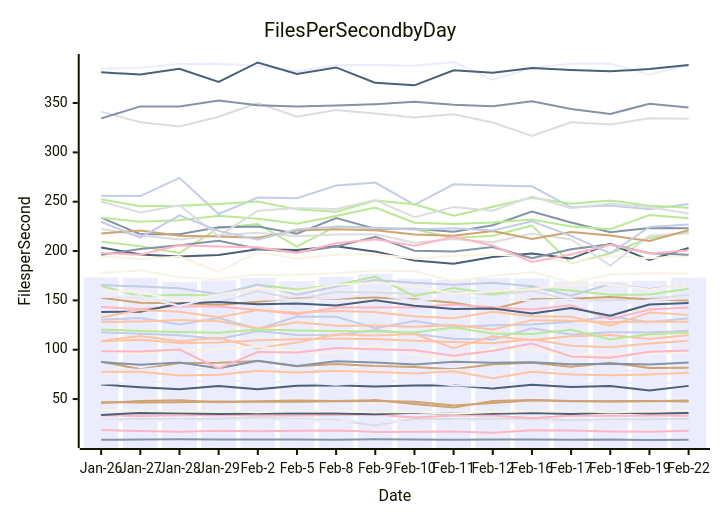
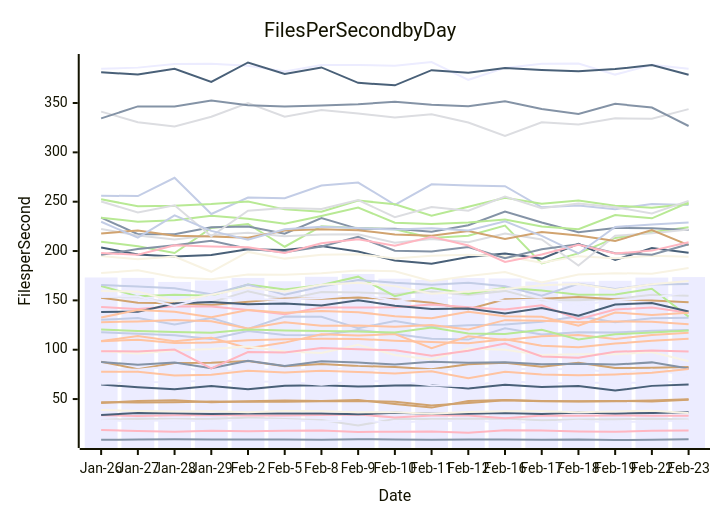
One commit to streetsidesoftware/cspell changed the diagram in perf-report.md. Above: the diagram before and after it, drawn with Mermaid. The commit also changed other lines of this file and 1 other file, not shown here.

````diff
--- a/perf-report.md
+++ b/perf-report.md
@@ -10,57 +10,57 @@
 ```mermaid
 xychart-beta
     title Files Per Second by Day
     y-axis Files per Second
-    x-axis Date [Jan-26, Jan-27, Jan-28, Jan-29, Feb-2, Feb-5, Feb-8, Feb-9, Feb-10, Feb-11, Feb-12, Feb-16, Feb-17, Feb-18, Feb-19, Feb-22]
-    bar [173.21, 172.82, 168.69, 170.17, 172.76, 169.39, 173.94, 176.68, 172.01, 170.80, 172.59, 172.20, 169.11, 168.97, 169.87, 173.10]
-    line [8.69, 9.06, 9.17, 8.90, 9.14, 9.10, 8.87, 9.39, 9.10, 8.79, 9.11, 8.93, 8.64, 9.05, 8.51, 8.78]
-    line [108.52, 110.13, 106.78, 107.20, 109.65, 110.63, 111.16, 110.94, 109.21, 107.83, 106.68, 110.60, 103.95, 102.58, 106.20, 108.99]
-    line [28.70, 30.12, 29.90, 29.99, 31.08, 29.80, 28.87, 23.26, 29.91, 29.82, 30.05, 30.35, 28.52, 29.28, 29.65, 29.97]
-    line [209.49, 204.94, 198.04, 223.32, 227.45, 204.37, 225.14, 223.42, 222.08, 213.20, 215.50, 225.73, 187.50, 197.59, 213.32, 219.03]
-    line [87.91, 80.34, 86.50, 86.84, 88.66, 83.22, 85.59, 83.52, 82.54, 80.25, 85.24, 86.74, 82.84, 86.83, 81.45, 81.71]
-    line [130.32, 132.03, 125.54, 132.09, 121.09, 133.64, 133.48, 121.84, 129.06, 122.93, 124.68, 125.50, 128.25, 133.90, 127.83, 131.88]
-    line [33.70, 32.82, 33.62, 33.93, 33.23, 33.25, 33.77, 34.38, 31.28, 33.43, 33.24, 30.53, 33.31, 33.04, 33.28, 33.21]
-    line [203.69, 196.52, 194.52, 195.98, 201.87, 201.12, 204.97, 199.43, 190.33, 187.01, 193.91, 197.53, 192.34, 207.35, 190.87, 203.05]
-    line [195.04, 191.69, 194.48, 178.97, 199.11, 192.32, 196.15, 196.80, 192.49, 195.28, 196.29, 194.83, 188.10, 194.84, 192.66, 195.15]
-    line [80.80, 79.69, 83.58, 77.01, 80.34, 79.32, 79.86, 81.63, 78.70, 79.41, 80.42, 80.99, 80.08, 80.78, 76.61, 79.69]
-    line [233.87, 217.12, 216.93, 224.01, 224.86, 217.64, 233.33, 222.49, 222.54, 219.50, 226.16, 240.10, 228.96, 219.08, 223.33, 223.11]
-    line [127.88, 128.69, 130.23, 128.77, 121.54, 127.82, 124.27, 124.62, 123.31, 125.03, 120.42, 129.98, 129.47, 127.87, 128.69, 128.42]
-    line [152.95, 153.44, 146.68, 148.04, 159.34, 150.93, 158.41, 157.97, 156.56, 158.71, 155.41, 159.62, 150.02, 150.05, 151.55, 155.58]
-    line [233.83, 229.73, 231.27, 235.75, 232.76, 227.56, 235.60, 244.14, 228.71, 227.46, 228.82, 232.02, 224.80, 222.16, 236.53, 233.14]
-    line [152.72, 147.54, 147.09, 145.41, 148.70, 151.93, 151.71, 152.93, 151.27, 147.55, 140.92, 151.13, 151.76, 153.31, 151.18, 149.85]
-    line [256.11, 255.68, 274.20, 237.51, 254.20, 253.57, 266.34, 269.39, 246.86, 267.66, 266.35, 265.66, 244.28, 246.16, 242.48, 247.66]
-    line [18.55, 17.57, 16.82, 17.76, 17.39, 17.79, 18.01, 16.74, 16.81, 17.17, 15.81, 18.35, 18.08, 17.18, 16.76, 17.88]
-    line [33.94, 35.92, 35.70, 34.97, 35.24, 35.24, 35.29, 34.51, 36.01, 35.10, 35.21, 35.98, 34.82, 36.43, 35.46, 35.84]
-    line [38.81, 37.93, 37.35, 37.58, 36.65, 37.87, 37.52, 36.62, 36.71, 35.21, 36.78, 37.62, 37.74, 36.57, 37.30, 38.24]
-    line [384.72, 385.87, 389.43, 389.76, 387.86, 381.95, 388.55, 388.50, 387.75, 391.57, 373.53, 385.59, 389.88, 390.09, 378.81, 388.65]
-    line [87.49, 84.71, 86.94, 81.29, 88.85, 83.51, 88.25, 87.06, 84.92, 87.81, 86.69, 87.24, 85.15, 85.90, 85.00, 87.17]
-    line [77.74, 77.78, 73.82, 74.60, 78.73, 76.88, 78.62, 77.47, 76.02, 78.07, 71.09, 77.64, 74.87, 74.07, 74.98, 76.63]
-    line [222.41, 215.81, 211.64, 216.10, 218.52, 215.06, 216.88, 216.99, 208.40, 212.31, 208.84, 217.81, 211.80, 185.28, 215.46, 218.06]
-    line [164.60, 154.09, 155.59, 154.71, 166.16, 160.94, 165.57, 174.04, 154.30, 162.65, 156.66, 162.87, 159.96, 155.64, 155.90, 161.77]
-    line [217.84, 220.87, 215.44, 214.77, 213.40, 220.70, 222.08, 221.01, 216.87, 215.38, 220.23, 212.12, 219.37, 215.84, 210.18, 221.20]
-    line [117.78, 116.14, 114.78, 110.96, 118.96, 114.84, 114.56, 119.99, 116.03, 111.12, 110.27, 121.81, 115.35, 117.70, 117.45, 119.10]
-    line [143.21, 141.20, 143.98, 143.78, 140.14, 135.87, 142.86, 142.75, 143.10, 145.82, 143.11, 140.65, 144.98, 130.98, 140.65, 142.78]
-    line [64.72, 62.00, 60.00, 63.28, 59.94, 63.60, 64.06, 62.64, 63.65, 63.88, 60.68, 64.42, 62.12, 63.28, 58.66, 63.36]
-    line [177.69, 180.46, 173.36, 171.47, 176.27, 176.08, 177.50, 180.37, 179.50, 169.53, 174.82, 178.71, 168.06, 176.19, 177.57, 176.95]
-    line [65.41, 67.07, 67.22, 68.71, 67.83, 67.42, 64.50, 68.29, 67.95, 63.94, 63.10, 68.79, 65.40, 66.62, 66.45, 66.78]
-    line [196.11, 202.03, 205.84, 210.33, 202.30, 198.84, 204.68, 214.35, 200.27, 199.54, 204.14, 192.69, 201.75, 206.87, 197.87, 196.25]
-    line [108.80, 113.98, 108.63, 112.03, 101.57, 107.21, 115.59, 114.29, 115.98, 101.55, 113.56, 109.85, 113.73, 114.86, 110.85, 114.90]
-    line [341.26, 330.59, 326.24, 336.05, 350.02, 336.18, 342.95, 339.36, 335.43, 338.51, 330.30, 316.59, 330.53, 328.24, 334.55, 334.07]
-    line [252.46, 245.33, 245.88, 247.56, 250.17, 242.23, 239.94, 251.24, 247.36, 235.88, 244.92, 253.98, 247.84, 251.30, 245.99, 243.93]
-    line [46.87, 46.43, 46.80, 47.45, 47.29, 47.35, 47.86, 48.05, 47.30, 43.46, 46.02, 48.76, 47.89, 47.85, 48.05, 47.61]
-    line [165.48, 164.06, 162.34, 156.27, 166.07, 155.61, 164.06, 170.66, 167.78, 165.93, 167.97, 164.38, 154.74, 166.79, 161.65, 166.00]
-    line [197.93, 196.32, 205.82, 204.70, 203.85, 198.04, 207.86, 211.91, 205.36, 214.41, 205.57, 188.86, 196.47, 206.41, 197.46, 200.43]
-    line [138.21, 138.55, 146.90, 148.25, 146.04, 146.87, 144.71, 150.09, 144.64, 141.32, 141.68, 136.63, 142.32, 134.55, 145.82, 147.42]
-    line [98.65, 96.11, 99.25, 100.66, 103.18, 98.24, 96.65, 104.96, 94.67, 90.15, 101.17, 99.92, 94.76, 95.38, 95.32, 97.68]
-    line [28.41, 27.77, 28.43, 27.26, 29.20, 28.78, 27.22, 28.25, 25.94, 28.04, 27.66, 26.73, 25.95, 28.09, 26.29, 27.51]
-    line [334.45, 346.57, 346.60, 352.58, 347.78, 346.57, 347.57, 348.75, 351.19, 348.15, 346.62, 351.78, 343.88, 338.94, 349.19, 345.47]
-    line [132.73, 140.24, 138.48, 133.03, 140.20, 137.55, 139.32, 138.06, 134.03, 131.86, 138.50, 133.91, 133.44, 124.24, 137.70, 135.31]
-    line [250.24, 239.03, 246.34, 215.04, 240.95, 243.60, 242.70, 251.69, 234.31, 244.51, 240.78, 255.22, 243.34, 248.23, 244.44, 238.03]
-    line [120.57, 119.01, 117.99, 117.30, 120.43, 119.43, 118.96, 118.43, 117.39, 122.51, 116.51, 115.88, 120.25, 110.42, 115.69, 117.45]
-    line [46.02, 47.96, 48.80, 46.78, 47.79, 48.42, 47.97, 48.95, 44.92, 41.33, 48.11, 48.93, 47.91, 47.47, 47.85, 48.58]
-    line [229.64, 213.50, 236.23, 220.41, 211.45, 222.13, 224.72, 223.26, 221.76, 223.13, 220.88, 230.21, 215.32, 197.56, 224.48, 226.95]
-    line [98.45, 98.30, 100.11, 81.16, 97.62, 97.16, 101.86, 100.35, 99.46, 93.91, 99.01, 106.34, 93.17, 91.86, 97.86, 99.22]
-    line [381.11, 378.87, 384.64, 371.32, 391.09, 379.53, 386.07, 370.43, 367.95, 383.26, 380.80, 385.48, 383.39, 382.12, 384.41, 388.46]
-    line [159.47, 158.84, 149.03, 155.81, 162.82, 158.93, 165.88, 167.89, 164.45, 156.78, 159.08, 161.56, 165.23, 166.55, 160.76, 166.40]
-    line [153.48, 154.19, 144.39, 154.19, 151.10, 150.58, 152.48, 156.02, 149.70, 153.17, 152.51, 149.58, 151.17, 145.28, 150.19, 152.37]
+    x-axis Date [Jan-26, Jan-27, Jan-28, Jan-29, Feb-2, Feb-5, Feb-8, Feb-9, Feb-10, Feb-11, Feb-12, Feb-16, Feb-17, Feb-18, Feb-19, Feb-22, Feb-23]
+    bar [173.21, 172.82, 168.69, 170.17, 172.76, 169.39, 173.94, 176.68, 172.01, 170.80, 172.59, 172.20, 169.11, 168.97, 169.87, 173.10, 173.62]
+    line [8.69, 9.06, 9.17, 8.90, 9.14, 9.10, 8.87, 9.39, 9.10, 8.79, 9.11, 8.93, 8.64, 9.05, 8.51, 8.78, 9.27]
+    line [108.52, 110.13, 106.78, 107.20, 109.65, 110.63, 111.16, 110.94, 109.21, 107.83, 106.68, 110.60, 103.95, 102.58, 106.20, 108.99, 111.18]
+    line [28.70, 30.12, 29.90, 29.99, 31.08, 29.80, 28.87, 23.26, 29.91, 29.82, 30.05, 30.35, 28.52, 29.28, 29.65, 29.97, 29.37]
+    line [209.49, 204.94, 198.04, 223.32, 227.45, 204.37, 225.14, 223.42, 222.08, 213.20, 215.50, 225.73, 187.50, 197.59, 213.32, 219.03, 224.20]
+    line [87.91, 80.34, 86.50, 86.84, 88.66, 83.22, 85.59, 83.52, 82.54, 80.25, 85.24, 86.74, 82.84, 86.83, 81.45, 81.71, 82.39]
+    line [130.32, 132.03, 125.54, 132.09, 121.09, 133.64, 133.48, 121.84, 129.06, 122.93, 124.68, 125.50, 128.25, 133.90, 127.83, 131.88, 132.33]
+    line [33.70, 32.82, 33.62, 33.93, 33.23, 33.25, 33.77, 34.38, 31.28, 33.43, 33.24, 30.53, 33.31, 33.04, 33.28, 33.21, 33.00]
+    line [203.69, 196.52, 194.52, 195.98, 201.87, 201.12, 204.97, 199.43, 190.33, 187.01, 193.91, 197.53, 192.34, 207.35, 190.87, 203.05, 198.17]
+    line [195.04, 191.69, 194.48, 178.97, 199.11, 192.32, 196.15, 196.80, 192.49, 195.28, 196.29, 194.83, 188.10, 194.84, 192.66, 195.15, 194.10]
+    line [80.80, 79.69, 83.58, 77.01, 80.34, 79.32, 79.86, 81.63, 78.70, 79.41, 80.42, 80.99, 80.08, 80.78, 76.61, 79.69, 73.99]
+    line [233.87, 217.12, 216.93, 224.01, 224.86, 217.64, 233.33, 222.49, 222.54, 219.50, 226.16, 240.10, 228.96, 219.08, 223.33, 223.11, 221.40]
+    line [127.88, 128.69, 130.23, 128.77, 121.54, 127.82, 124.27, 124.62, 123.31, 125.03, 120.42, 129.98, 129.47, 127.87, 128.69, 128.42, 125.90]
+    line [152.95, 153.44, 146.68, 148.04, 159.34, 150.93, 158.41, 157.97, 156.56, 158.71, 155.41, 159.62, 150.02, 150.05, 151.55, 155.58, 154.63]
+    line [233.83, 229.73, 231.27, 235.75, 232.76, 227.56, 235.60, 244.14, 228.71, 227.46, 228.82, 232.02, 224.80, 222.16, 236.53, 233.14, 249.19]
+    line [152.72, 147.54, 147.09, 145.41, 148.70, 151.93, 151.71, 152.93, 151.27, 147.55, 140.92, 151.13, 151.76, 153.31, 151.18, 149.85, 148.03]
+    line [256.11, 255.68, 274.20, 237.51, 254.20, 253.57, 266.34, 269.39, 246.86, 267.66, 266.35, 265.66, 244.28, 246.16, 242.48, 247.66, 246.58]
+    line [18.55, 17.57, 16.82, 17.76, 17.39, 17.79, 18.01, 16.74, 16.81, 17.17, 15.81, 18.35, 18.08, 17.18, 16.76, 17.88, 18.11]
+    line [33.94, 35.92, 35.70, 34.97, 35.24, 35.24, 35.29, 34.51, 36.01, 35.10, 35.21, 35.98, 34.82, 36.43, 35.46, 35.84, 36.60]
+    line [38.81, 37.93, 37.35, 37.58, 36.65, 37.87, 37.52, 36.62, 36.71, 35.21, 36.78, 37.62, 37.74, 36.57, 37.30, 38.24, 35.85]
+    line [384.72, 385.87, 389.43, 389.76, 387.86, 381.95, 388.55, 388.50, 387.75, 391.57, 373.53, 385.59, 389.88, 390.09, 378.81, 388.65, 384.76]
+    line [87.49, 84.71, 86.94, 81.29, 88.85, 83.51, 88.25, 87.06, 84.92, 87.81, 86.69, 87.24, 85.15, 85.90, 85.00, 87.17, 80.91]
+    line [77.74, 77.78, 73.82, 74.60, 78.73, 76.88, 78.62, 77.47, 76.02, 78.07, 71.09, 77.64, 74.87, 74.07, 74.98, 76.63, 80.40]
+    line [222.41, 215.81, 211.64, 216.10, 218.52, 215.06, 216.88, 216.99, 208.40, 212.31, 208.84, 217.81, 211.80, 185.28, 215.46, 218.06, 221.89]
+    line [164.60, 154.09, 155.59, 154.71, 166.16, 160.94, 165.57, 174.04, 154.30, 162.65, 156.66, 162.87, 159.96, 155.64, 155.90, 161.77, 133.49]
+    line [217.84, 220.87, 215.44, 214.77, 213.40, 220.70, 222.08, 221.01, 216.87, 215.38, 220.23, 212.12, 219.37, 215.84, 210.18, 221.20, 205.97]
+    line [117.78, 116.14, 114.78, 110.96, 118.96, 114.84, 114.56, 119.99, 116.03, 111.12, 110.27, 121.81, 115.35, 117.70, 117.45, 119.10, 119.94]
+    line [143.21, 141.20, 143.98, 143.78, 140.14, 135.87, 142.86, 142.75, 143.10, 145.82, 143.11, 140.65, 144.98, 130.98, 140.65, 142.78, 137.50]
+    line [64.72, 62.00, 60.00, 63.28, 59.94, 63.60, 64.06, 62.64, 63.65, 63.88, 60.68, 64.42, 62.12, 63.28, 58.66, 63.36, 64.64]
+    line [177.69, 180.46, 173.36, 171.47, 176.27, 176.08, 177.50, 180.37, 179.50, 169.53, 174.82, 178.71, 168.06, 176.19, 177.57, 176.95, 182.70]
+    line [65.41, 67.07, 67.22, 68.71, 67.83, 67.42, 64.50, 68.29, 67.95, 63.94, 63.10, 68.79, 65.40, 66.62, 66.45, 66.78, 67.99]
+    line [196.11, 202.03, 205.84, 210.33, 202.30, 198.84, 204.68, 214.35, 200.27, 199.54, 204.14, 192.69, 201.75, 206.87, 197.87, 196.25, 206.86]
+    line [108.80, 113.98, 108.63, 112.03, 101.57, 107.21, 115.59, 114.29, 115.98, 101.55, 113.56, 109.85, 113.73, 114.86, 110.85, 114.90, 117.25]
+    line [341.26, 330.59, 326.24, 336.05, 350.02, 336.18, 342.95, 339.36, 335.43, 338.51, 330.30, 316.59, 330.53, 328.24, 334.55, 334.07, 343.84]
+    line [252.46, 245.33, 245.88, 247.56, 250.17, 242.23, 239.94, 251.24, 247.36, 235.88, 244.92, 253.98, 247.84, 251.30, 245.99, 243.93, 247.66]
+    line [46.87, 46.43, 46.80, 47.45, 47.29, 47.35, 47.86, 48.05, 47.30, 43.46, 46.02, 48.76, 47.89, 47.85, 48.05, 47.61, 49.23]
+    line [165.48, 164.06, 162.34, 156.27, 166.07, 155.61, 164.06, 170.66, 167.78, 165.93, 167.97, 164.38, 154.74, 166.79, 161.65, 166.00, 166.53]
+    line [197.93, 196.32, 205.82, 204.70, 203.85, 198.04, 207.86, 211.91, 205.36, 214.41, 205.57, 188.86, 196.47, 206.41, 197.46, 200.43, 208.92]
+    line [138.21, 138.55, 146.90, 148.25, 146.04, 146.87, 144.71, 150.09, 144.64, 141.32, 141.68, 136.63, 142.32, 134.55, 145.82, 147.42, 138.82]
+    line [98.65, 96.11, 99.25, 100.66, 103.18, 98.24, 96.65, 104.96, 94.67, 90.15, 101.17, 99.92, 94.76, 95.38, 95.32, 97.68, 88.29]
+    line [28.41, 27.77, 28.43, 27.26, 29.20, 28.78, 27.22, 28.25, 25.94, 28.04, 27.66, 26.73, 25.95, 28.09, 26.29, 27.51, 28.24]
+    line [334.45, 346.57, 346.60, 352.58, 347.78, 346.57, 347.57, 348.75, 351.19, 348.15, 346.62, 351.78, 343.88, 338.94, 349.19, 345.47, 326.73]
+    line [132.73, 140.24, 138.48, 133.03, 140.20, 137.55, 139.32, 138.06, 134.03, 131.86, 138.50, 133.91, 133.44, 124.24, 137.70, 135.31, 137.50]
+    line [250.24, 239.03, 246.34, 215.04, 240.95, 243.60, 242.70, 251.69, 234.31, 244.51, 240.78, 255.22, 243.34, 248.23, 244.44, 238.03, 250.82]
+    line [120.57, 119.01, 117.99, 117.30, 120.43, 119.43, 118.96, 118.43, 117.39, 122.51, 116.51, 115.88, 120.25, 110.42, 115.69, 117.45, 119.45]
+    line [46.02, 47.96, 48.80, 46.78, 47.79, 48.42, 47.97, 48.95, 44.92, 41.33, 48.11, 48.93, 47.91, 47.47, 47.85, 48.58, 49.89]
+    line [229.64, 213.50, 236.23, 220.41, 211.45, 222.13, 224.72, 223.26, 221.76, 223.13, 220.88, 230.21, 215.32, 197.56, 224.48, 226.95, 228.86]
+    line [98.45, 98.30, 100.11, 81.16, 97.62, 97.16, 101.86, 100.35, 99.46, 93.91, 99.01, 106.34, 93.17, 91.86, 97.86, 99.22, 98.09]
+    line [381.11, 378.87, 384.64, 371.32, 391.09, 379.53, 386.07, 370.43, 367.95, 383.26, 380.80, 385.48, 383.39, 382.12, 384.41, 388.46, 378.57]
+    line [159.47, 158.84, 149.03, 155.81, 162.82, 158.93, 165.88, 167.89, 164.45, 156.78, 159.08, 161.56, 165.23, 166.55, 160.76, 166.40, 169.60]
+    line [153.48, 154.19, 144.39, 154.19, 151.10, 150.58, 152.48, 156.02, 149.70, 153.17, 152.51, 149.58, 151.17, 145.28, 150.19, 152.37, 158.44]
 ```
````
